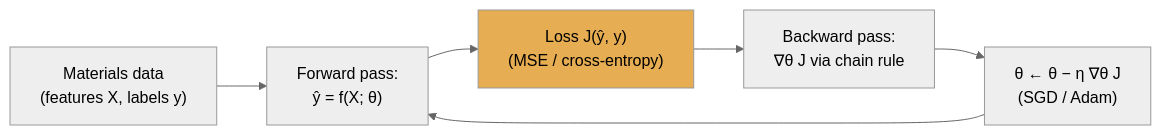
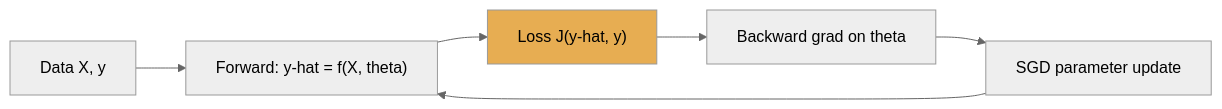
Before and after one commit to ECLIPSE-Lab/public_presentations: the second of 2 diagrams in ml_for_characterization_and_processing/unit04_microstructure_representations/04_microstructure_representations.qmd, drawn with Mermaid (neutral theme). The commit also changed other lines of this file and 437 other files, not shown here.

````diff
--- a/ml_for_characterization_and_processing/unit04_microstructure_representations/04_microstructure_representations.qmd
+++ b/ml_for_characterization_and_processing/unit04_microstructure_representations/04_microstructure_representations.qmd
@@ -219,9 +348,11 @@
 ```{mermaid}
+%%| echo: false
+%%| fig-align: center
 graph LR
-    D["Materials data<br>(features X, labels y)"] --> F["Forward pass:<br>ŷ = f(X; θ)"]
-    F --> L["Loss J(ŷ, y)<br>(MSE / cross-entropy)"]
-    L --> B["Backward pass:<br>∇θ J via chain rule"]
-    B --> U["θ ← θ − η ∇θ J<br>(SGD / Adam)"]
+    D["Data X, y"] --> F["Forward: y-hat = f(X, theta)"]
+    F --> L["Loss J(y-hat, y)"]
+    L --> B["Backward grad on theta"]
+    B --> U["SGD parameter update"]
     U --> F
     style L fill:#e7ad52,color:#000
 ```
````
